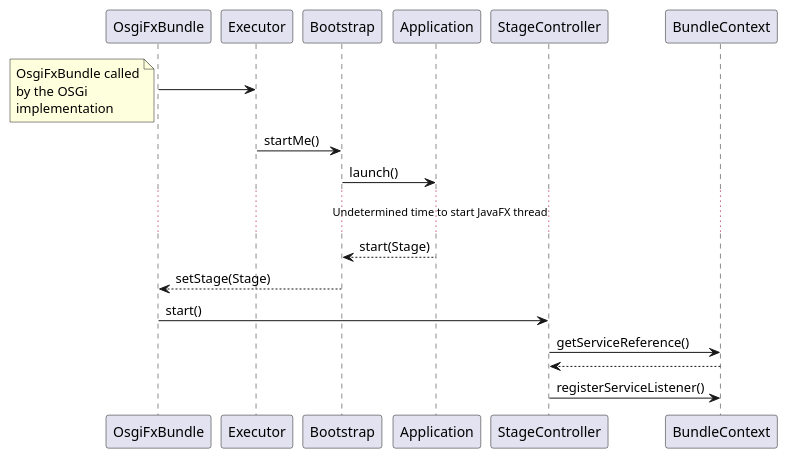
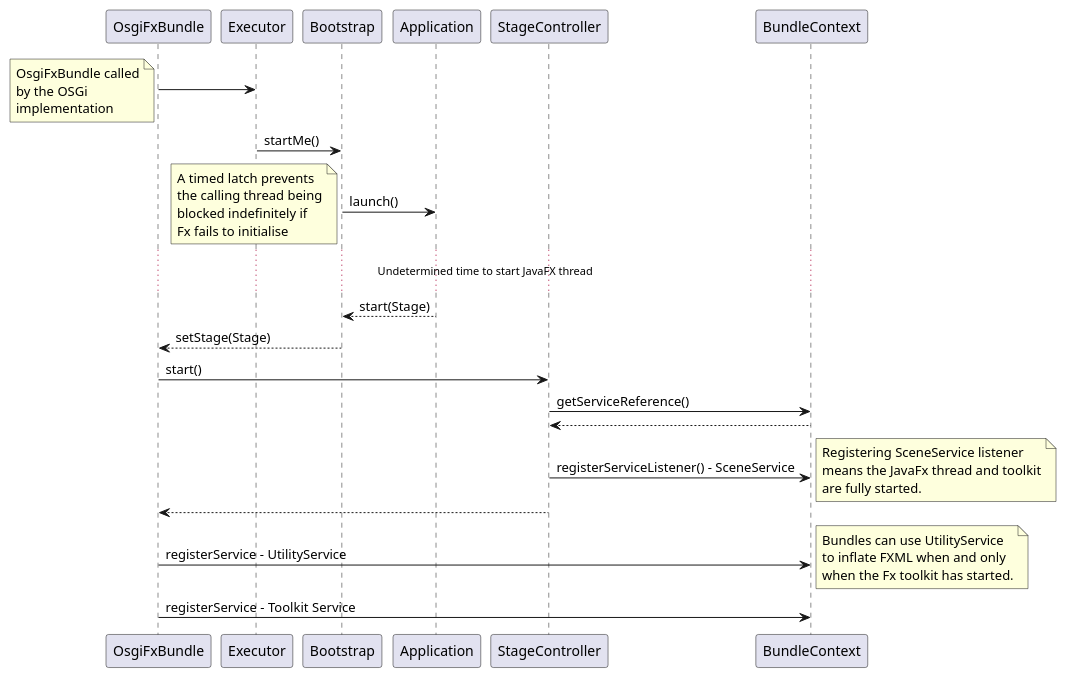
Before and after one commit to jtkb/flexfx: the diagram in documentation/diagrams/sequence/OsgiFxSequence.puml, drawn with PlantUML. The commit also changed 16 other files, not shown here.

```diff
--- a/documentation/diagrams/sequence/OsgiFxSequence.puml
+++ b/documentation/diagrams/sequence/OsgiFxSequence.puml
@@ -1,17 +1,36 @@
 @startuml
 OsgiFxBundle -> Executor
 note left
 OsgiFxBundle called
 by the OSGi
 implementation
 end note
 Executor -> Bootstrap : startMe()
 Bootstrap -> Application : launch()
 ...Undetermined time to start JavaFX thread...
+note left
+A timed latch prevents
+the calling thread being
+blocked indefinitely if
+Fx fails to initialise
+end note
 Bootstrap <-- Application : start(Stage)
 OsgiFxBundle <-- Bootstrap : setStage(Stage)
 OsgiFxBundle -> StageController : start()
 StageController -> BundleContext : getServiceReference()
 StageController <-- BundleContext
-StageController -> BundleContext : registerServiceListener()
+StageController -> BundleContext : registerServiceListener() - SceneService
+note right
+Registering SceneService listener
+means the JavaFx thread and toolkit
+are fully started.
+end note
+StageController --> OsgiFxBundle
+OsgiFxBundle -> BundleContext : registerService - UtilityService
+note right
+Bundles can use UtilityService
+to inflate FXML when and only
+when the Fx toolkit has started.
+end note
+OsgiFxBundle -> BundleContext : registerService - Toolkit Service
 @enduml
```
